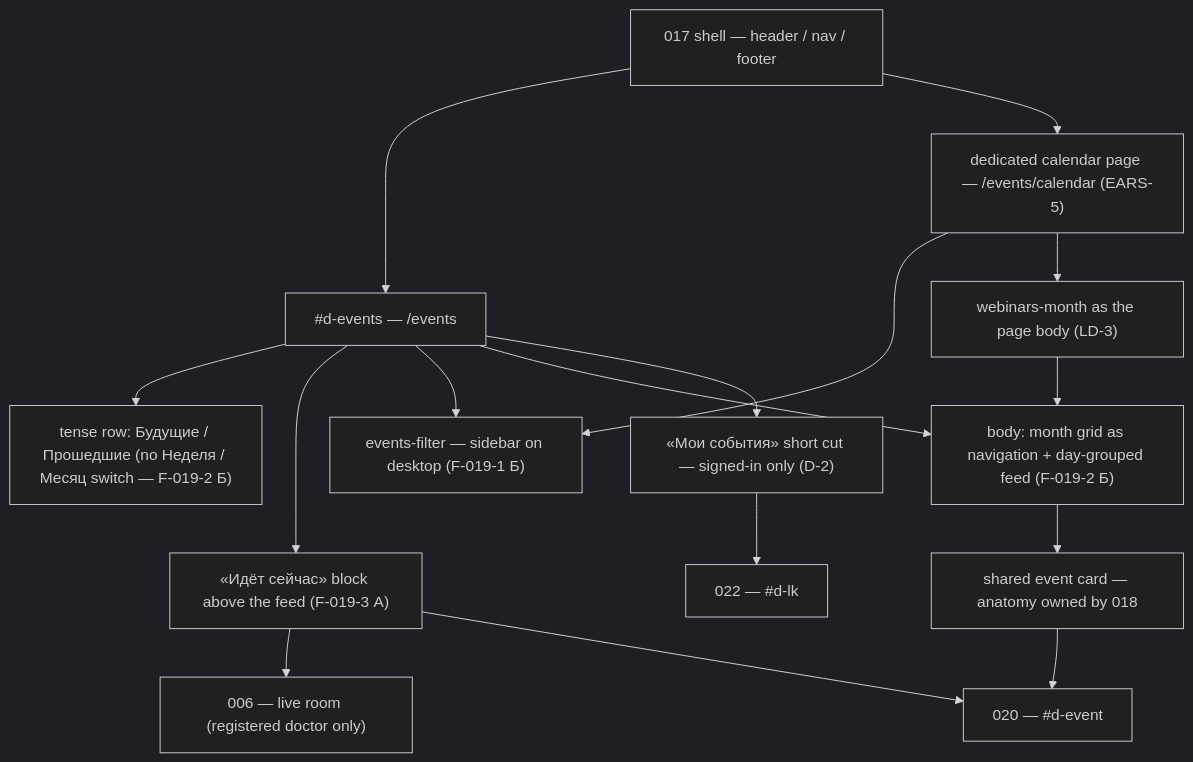
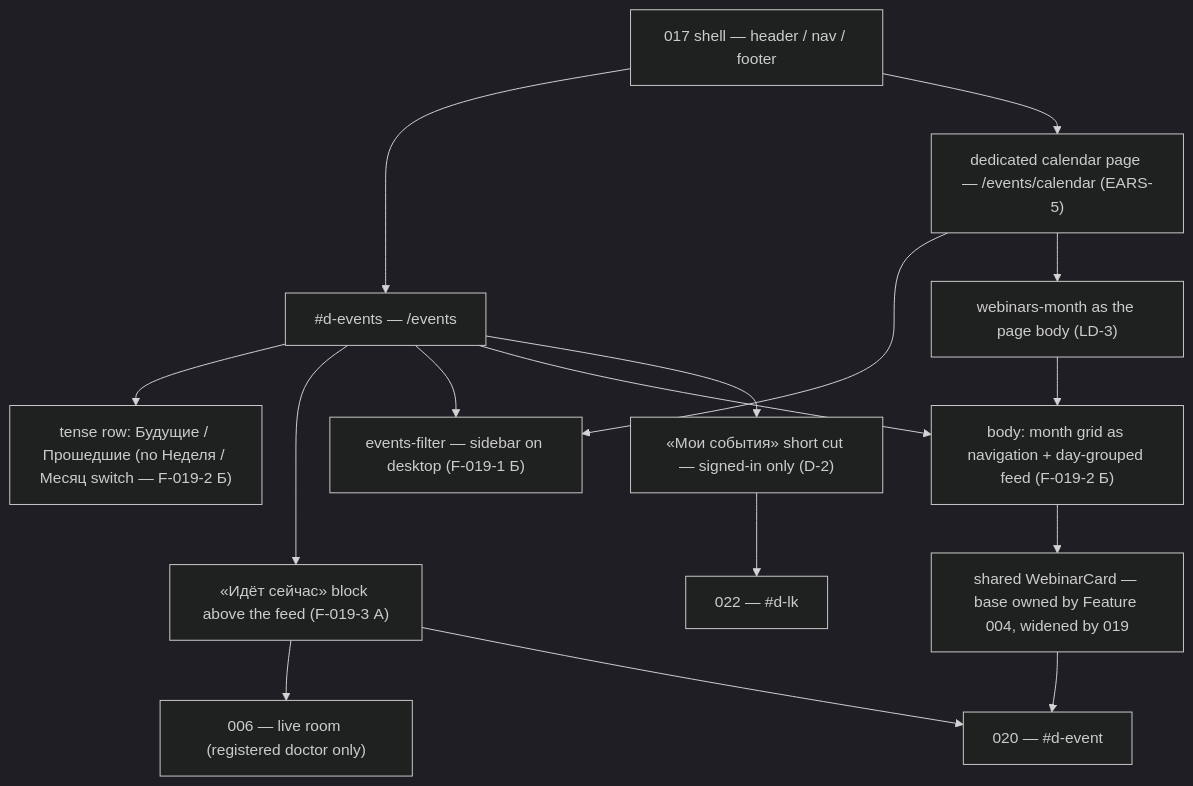
The first of 6 diagrams in apps/docs/content/specs/features/019-doctor-events-feed/019-design.md (doctor-school/ds-platform), drawn with Mermaid (dark theme) before and after one commit. The commit also changed other lines of this file and 11 other files, not shown here.

````diff
--- a/apps/docs/content/specs/features/019-doctor-events-feed/019-design.md
+++ b/apps/docs/content/specs/features/019-doctor-events-feed/019-design.md
@@ -17,18 +17,18 @@
 ```mermaid
 graph TD
   Shell["017 shell — header / nav / footer"] --> Events["#d-events — /events"]
   Shell --> Cal["dedicated calendar page — /events/calendar (EARS-5)"]
   Events --> Row["tense row: Будущие / Прошедшие (no Неделя / Месяц switch — F-019-2 Б)"]
   Events --> Live["«Идёт сейчас» block above the feed (F-019-3 А)"]
   Events --> Panel["events-filter — sidebar on desktop (F-019-1 Б)"]
   Events --> Body["body: month grid as navigation + day-grouped feed (F-019-2 Б)"]
   Events --> Mine["«Мои события» short cut — signed-in only (D-2)"]
   Cal --> Panel
   Cal --> Month["webinars-month as the page body (LD-3)"]
-  Body --> Card["shared event card — anatomy owned by 018"]
+  Body --> Card["shared WebinarCard — base owned by Feature 004, widened by 019"]
   Month --> Body
   Card --> Event["020 — #d-event"]
   Live --> Room["006 — live room (registered doctor only)"]
   Live --> Event
   Mine --> Cabinet["022 — #d-lk"]
 ```
````
